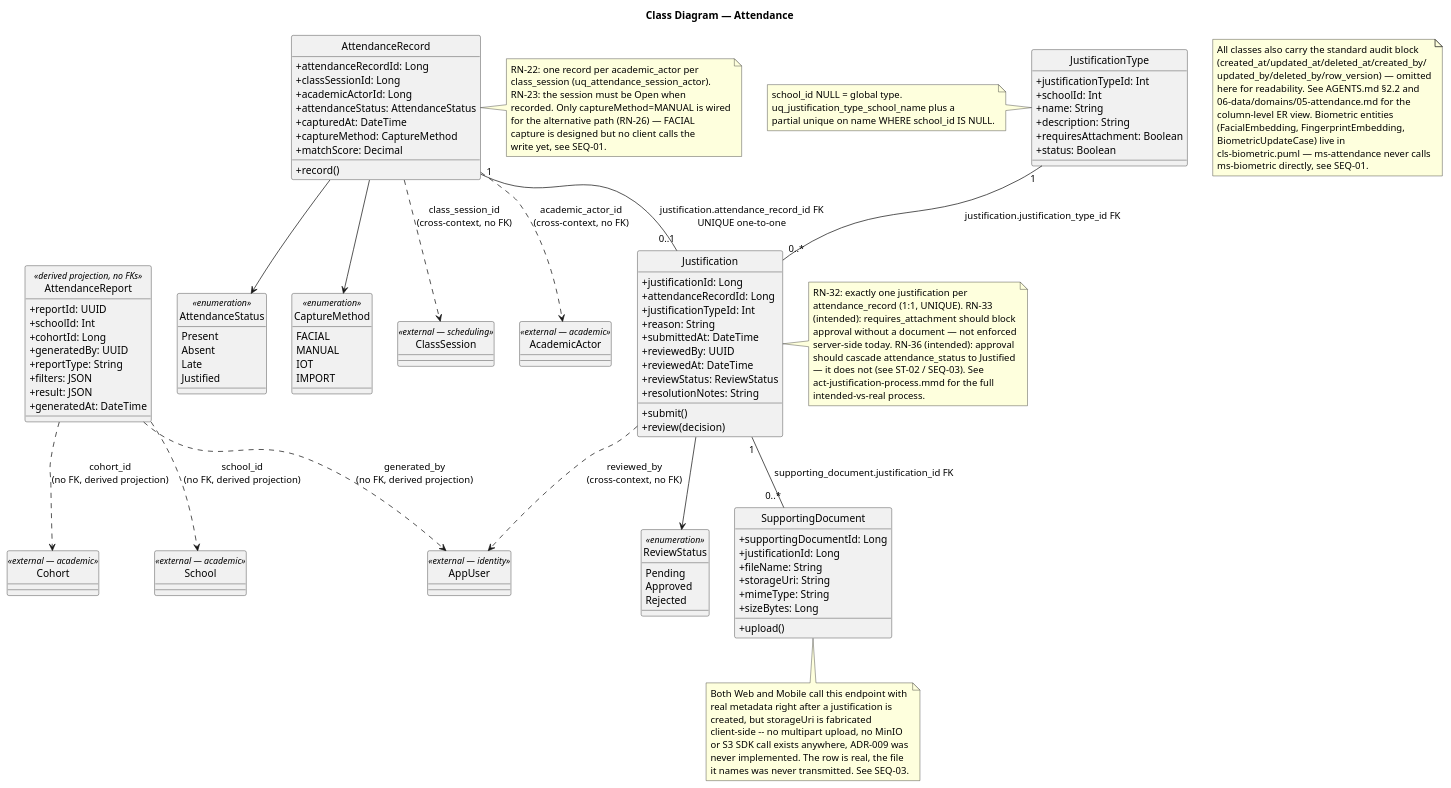
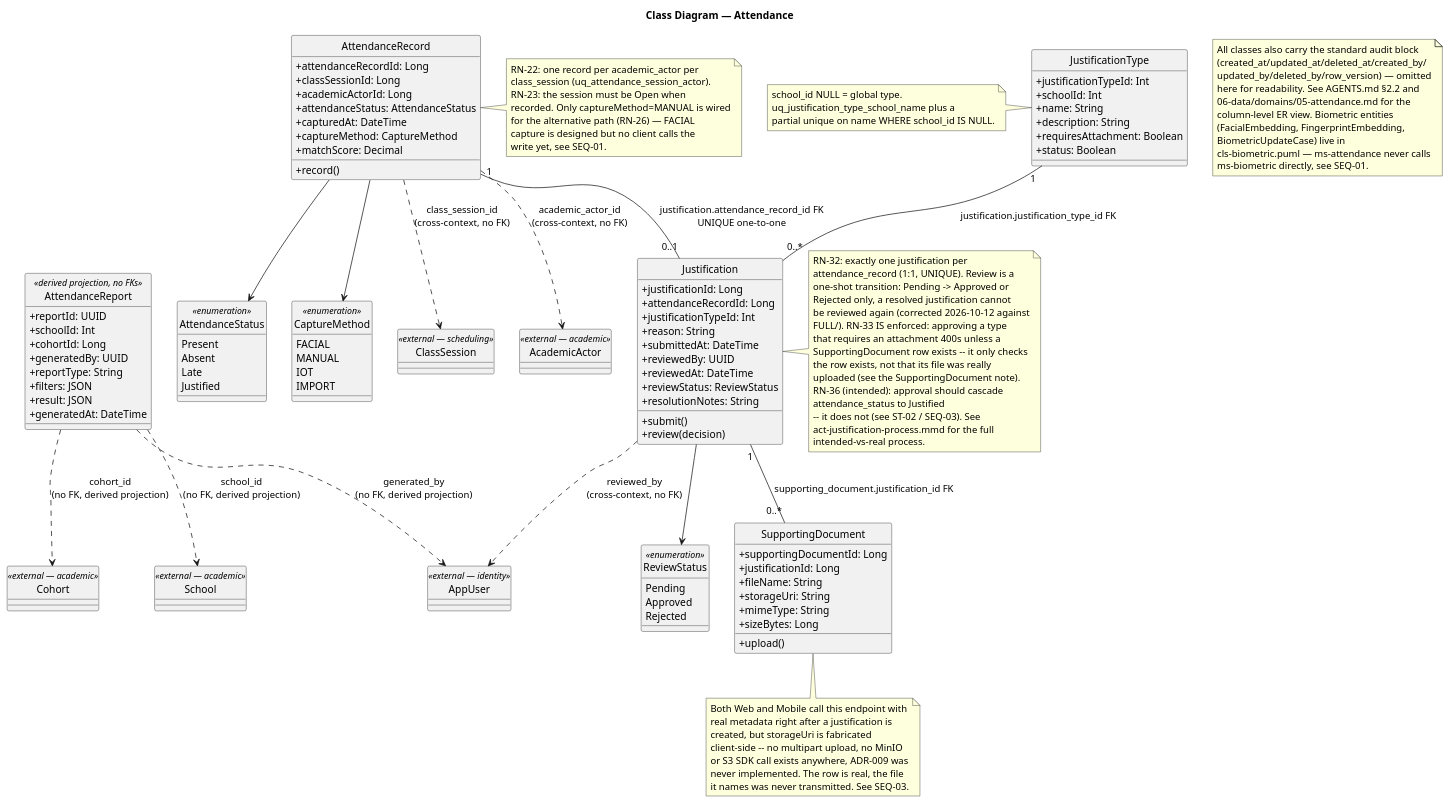
One commit to code-sena/fae-docs changed the diagram in 08-uml/diagrams/source/cls-attendance.puml. Above: the diagram before and after it, drawn with PlantUML.

Commit message:
fix(uml): correct RN-33 enforcement claim in attendance class diagram

```diff
--- a/08-uml/diagrams/source/cls-attendance.puml
+++ b/08-uml/diagrams/source/cls-attendance.puml
@@ -1,158 +1,164 @@
 @startuml cls-attendance
 title Class Diagram — Attendance
 
 skinparam classAttributeIconSize 0
 hide circle
 
 class ClassSession <<external — scheduling>> {
 }
 class AcademicActor <<external — academic>> {
 }
 class School <<external — academic>> {
 }
 class Cohort <<external — academic>> {
 }
 class AppUser <<external — identity>> {
 }
 
 enum AttendanceStatus <<enumeration>> {
   Present
   Absent
   Late
   Justified
 }
 
 enum CaptureMethod <<enumeration>> {
   FACIAL
   MANUAL
   IOT
   IMPORT
 }
 
 enum ReviewStatus <<enumeration>> {
   Pending
   Approved
   Rejected
 }
 
 class AttendanceRecord {
   +attendanceRecordId: Long
   +classSessionId: Long
   +academicActorId: Long
   +attendanceStatus: AttendanceStatus
   +capturedAt: DateTime
   +captureMethod: CaptureMethod
   +matchScore: Decimal
   +record()
 }
 
 class JustificationType {
   +justificationTypeId: Int
   +schoolId: Int
   +name: String
   +description: String
   +requiresAttachment: Boolean
   +status: Boolean
 }
 
 class Justification {
   +justificationId: Long
   +attendanceRecordId: Long
   +justificationTypeId: Int
   +reason: String
   +submittedAt: DateTime
   +reviewedBy: UUID
   +reviewedAt: DateTime
   +reviewStatus: ReviewStatus
   +resolutionNotes: String
   +submit()
   +review(decision)
 }
 
 class SupportingDocument {
   +supportingDocumentId: Long
   +justificationId: Long
   +fileName: String
   +storageUri: String
   +mimeType: String
   +sizeBytes: Long
   +upload()
 }
 
 class AttendanceReport <<derived projection, no FKs>> {
   +reportId: UUID
   +schoolId: Int
   +cohortId: Long
   +generatedBy: UUID
   +reportType: String
   +filters: JSON
   +result: JSON
   +generatedAt: DateTime
 }
 
 AttendanceRecord "1" -- "0..1" Justification : justification.attendance_record_id FK\nUNIQUE one-to-one
 JustificationType "1" -- "0..*" Justification : justification.justification_type_id FK
 Justification "1" -- "0..*" SupportingDocument : supporting_document.justification_id FK
 AttendanceRecord --> AttendanceStatus
 AttendanceRecord --> CaptureMethod
 Justification --> ReviewStatus
 
 AttendanceRecord ..> ClassSession : class_session_id\n(cross-context, no FK)
 AttendanceRecord ..> AcademicActor : academic_actor_id\n(cross-context, no FK)
 Justification ..> AppUser : reviewed_by\n(cross-context, no FK)
 AttendanceReport ..> School : school_id\n(no FK, derived projection)
 AttendanceReport ..> Cohort : cohort_id\n(no FK, derived projection)
 AttendanceReport ..> AppUser : generated_by\n(no FK, derived projection)
 
 note right of AttendanceRecord
   RN-22: one record per academic_actor per
   class_session (uq_attendance_session_actor).
   RN-23: the session must be Open when
   recorded. Only captureMethod=MANUAL is wired
   for the alternative path (RN-26) — FACIAL
   capture is designed but no client calls the
   write yet, see SEQ-01.
 end note
 
 note left of JustificationType
   school_id NULL = global type.
   uq_justification_type_school_name plus a
   partial unique on name WHERE school_id IS NULL.
 end note
 
 note right of Justification
   RN-32: exactly one justification per
-  attendance_record (1:1, UNIQUE). RN-33
-  (intended): requires_attachment should block
-  approval without a document — not enforced
-  server-side today. RN-36 (intended): approval
-  should cascade attendance_status to Justified
-  — it does not (see ST-02 / SEQ-03). See
+  attendance_record (1:1, UNIQUE). Review is a
+  one-shot transition: Pending -> Approved or
+  Rejected only, a resolved justification cannot
+  be reviewed again (corrected 2026-10-12 against
+  FULL/). RN-33 IS enforced: approving a type
+  that requires an attachment 400s unless a
+  SupportingDocument row exists -- it only checks
+  the row exists, not that its file was really
+  uploaded (see the SupportingDocument note).
+  RN-36 (intended): approval should cascade
+  attendance_status to Justified
+  -- it does not (see ST-02 / SEQ-03). See
   act-justification-process.mmd for the full
   intended-vs-real process.
 end note
 
 note bottom of SupportingDocument
   Both Web and Mobile call this endpoint with
   real metadata right after a justification is
   created, but storageUri is fabricated
   client-side -- no multipart upload, no MinIO
   or S3 SDK call exists anywhere, ADR-009 was
   never implemented. The row is real, the file
   it names was never transmitted. See SEQ-03.
 end note
 
 note as N1
   All classes also carry the standard audit block
   (created_at/updated_at/deleted_at/created_by/
   updated_by/deleted_by/row_version) — omitted
   here for readability. See AGENTS.md §2.2 and
   06-data/domains/05-attendance.md for the
   column-level ER view. Biometric entities
   (FacialEmbedding, FingerprintEmbedding,
   BiometricUpdateCase) live in
   cls-biometric.puml — ms-attendance never calls
   ms-biometric directly, see SEQ-01.
 end note
 
 @enduml
```
